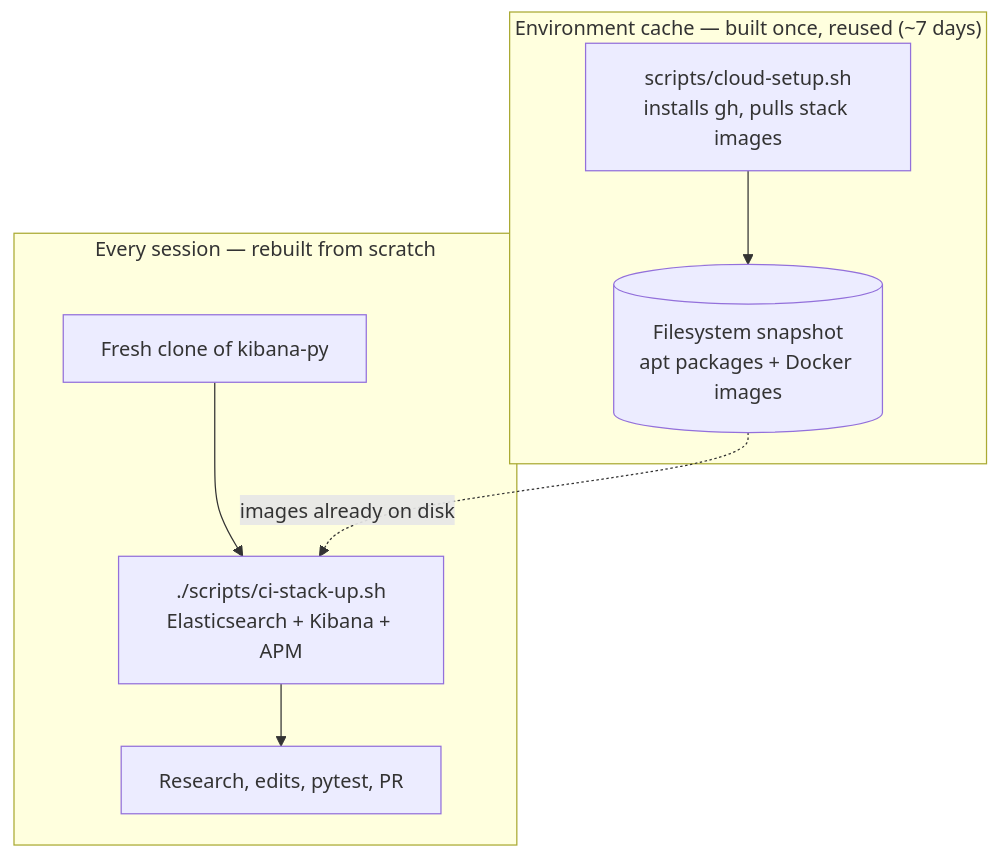
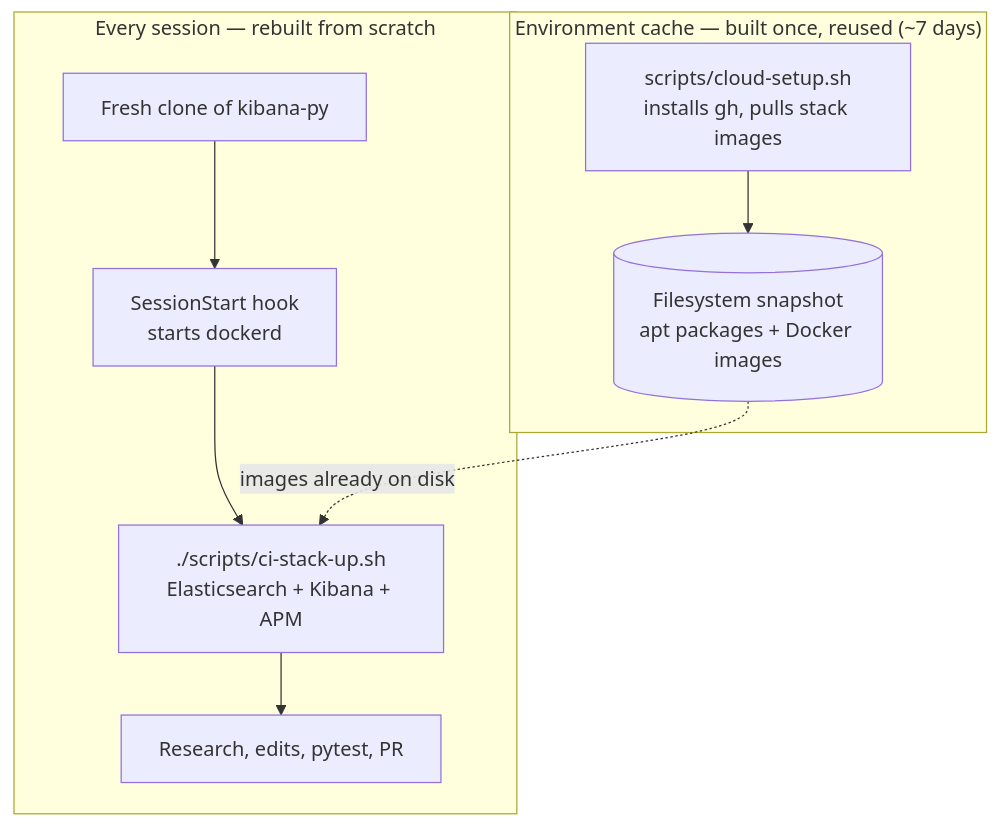
Before and after one commit to pedro-angel/kibana-py: the diagram in docs/source/development/cloud-environment.md, drawn with Mermaid. The commit also changed other lines of this file and 4 other files, not shown here.

````diff
--- a/docs/source/development/cloud-environment.md
+++ b/docs/source/development/cloud-environment.md
@@ -26,15 +26,16 @@
 ```{mermaid}
 flowchart TB
     subgraph cache["Environment cache — built once, reused (~7 days)"]
         setup["scripts/cloud-setup.sh<br/>installs gh, pulls stack images"]
         snap[("Filesystem snapshot<br/>apt packages + Docker images")]
         setup --> snap
     end
     subgraph session["Every session — rebuilt from scratch"]
         clone["Fresh clone of kibana-py"]
+        hook["SessionStart hook<br/>starts dockerd"]
         up["./scripts/ci-stack-up.sh<br/>Elasticsearch + Kibana + APM"]
         work["Research, edits, pytest, PR"]
-        clone --> up --> work
+        clone --> hook --> up --> work
     end
     snap -.->|"images already on disk"| up
 ```
````
